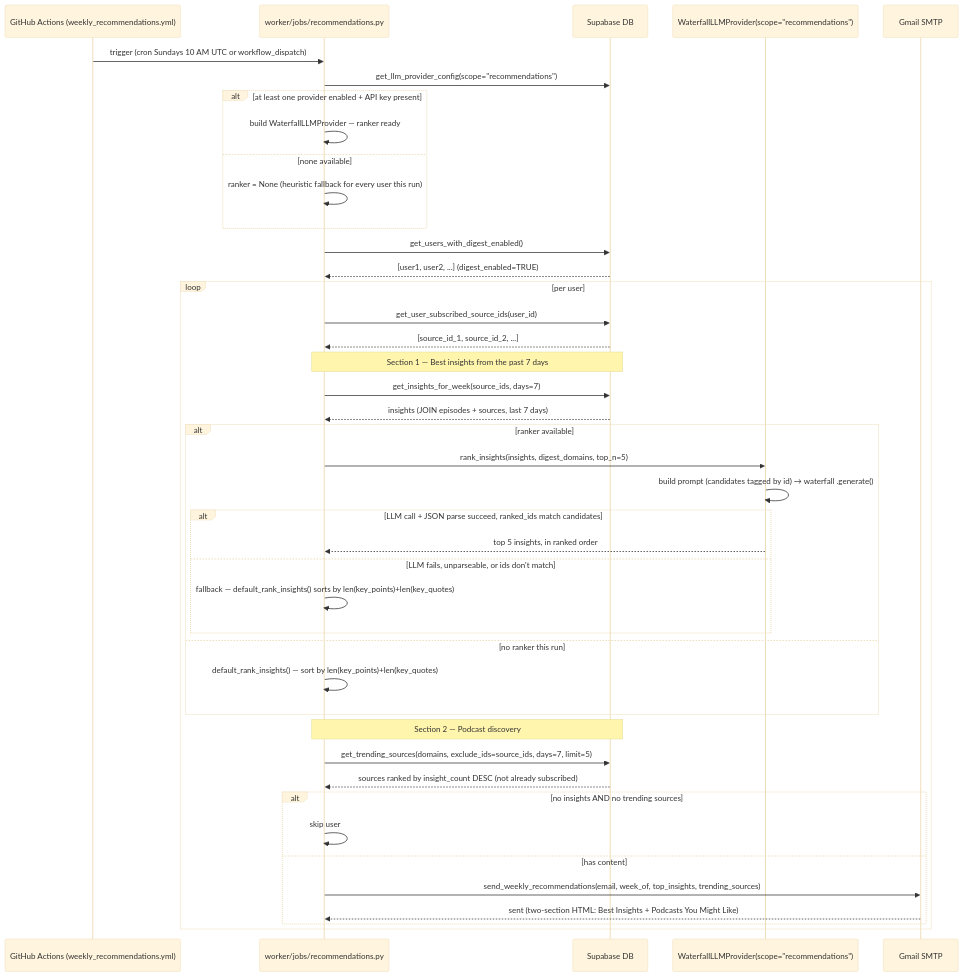
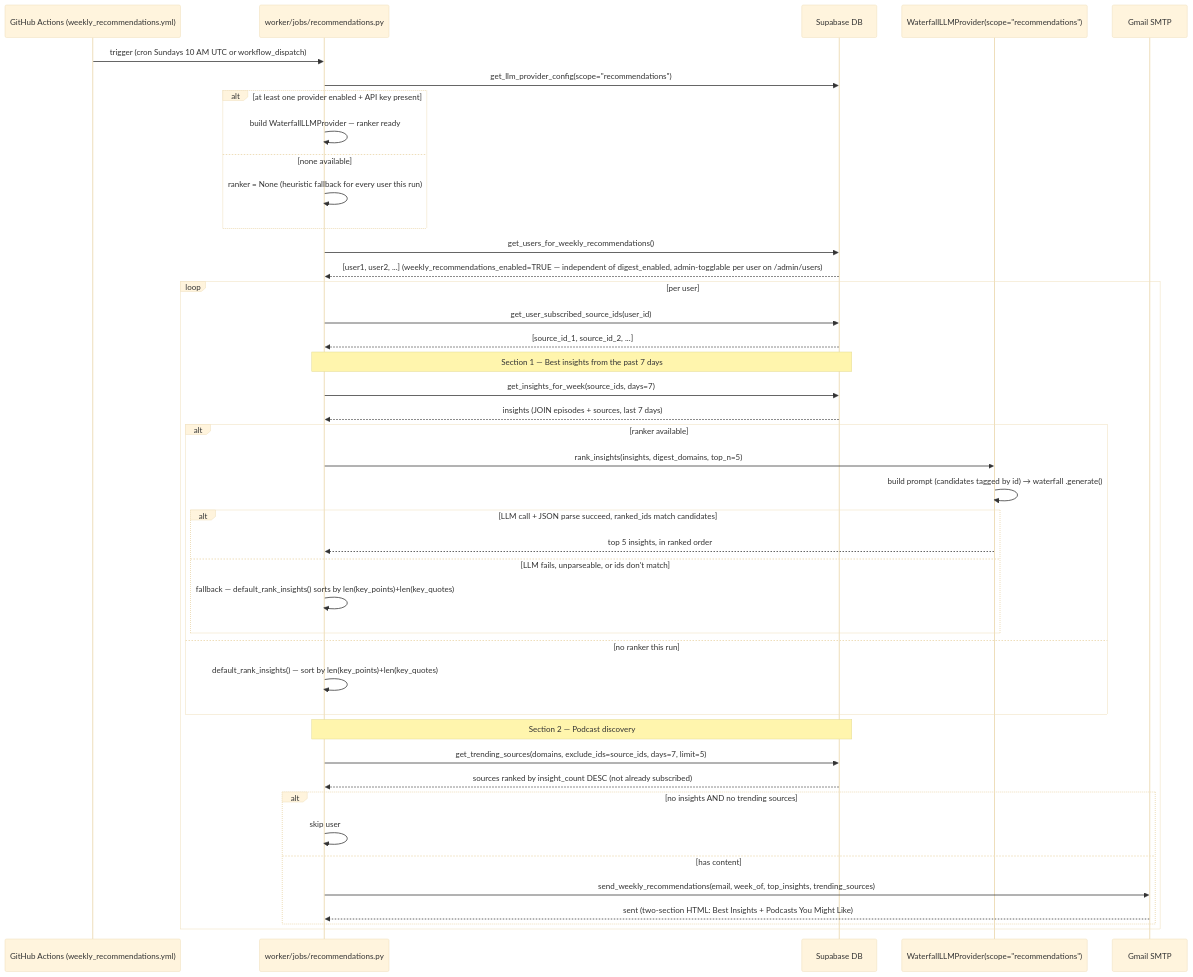
Diagram 25 of 32 in docs/request-workflow.md (vtghub/PodcastsSummarizer), drawn with Mermaid (base theme) before and after one commit. The commit also changed other lines of this file and 2 other files, not shown here.

Commit message:
docs: update architecture and workflow diagrams post-PR #341

````diff
--- a/docs/request-workflow.md
+++ b/docs/request-workflow.md
@@ -909,49 +938,49 @@
 ```mermaid
 sequenceDiagram
     participant GH as GitHub Actions (weekly_recommendations.yml)
     participant JOB as worker/jobs/recommendations.py
     participant DB as Supabase DB
     participant LLM as WaterfallLLMProvider(scope="recommendations")
     participant MAIL as Gmail SMTP
 
     GH->>JOB: trigger (cron Sundays 10 AM UTC or workflow_dispatch)
     JOB->>DB: get_llm_provider_config(scope="recommendations")
     alt at least one provider enabled + API key present
         JOB->>JOB: build WaterfallLLMProvider — ranker ready
     else none available
         JOB->>JOB: ranker = None (heuristic fallback for every user this run)
     end
-    JOB->>DB: get_users_with_digest_enabled()
-    DB-->>JOB: [user1, user2, ...] (digest_enabled=TRUE)
+    JOB->>DB: get_users_for_weekly_recommendations()
+    DB-->>JOB: [user1, user2, ...] (weekly_recommendations_enabled=TRUE — independent of digest_enabled, admin-togglable per user on /admin/users)
 
     loop per user
         JOB->>DB: get_user_subscribed_source_ids(user_id)
         DB-->>JOB: [source_id_1, source_id_2, ...]
 
         Note over JOB,DB: Section 1 — Best insights from the past 7 days
         JOB->>DB: get_insights_for_week(source_ids, days=7)
         DB-->>JOB: insights (JOIN episodes + sources, last 7 days)
         alt ranker available
             JOB->>LLM: rank_insights(insights, digest_domains, top_n=5)
             LLM->>LLM: build prompt (candidates tagged by id) → waterfall .generate()
             alt LLM call + JSON parse succeed, ranked_ids match candidates
                 LLM-->>JOB: top 5 insights, in ranked order
             else LLM fails, unparseable, or ids don't match
                 JOB->>JOB: fallback — default_rank_insights() sorts by len(key_points)+len(key_quotes)
             end
         else no ranker this run
             JOB->>JOB: default_rank_insights() — sort by len(key_points)+len(key_quotes)
         end
 
         Note over JOB,DB: Section 2 — Podcast discovery
         JOB->>DB: get_trending_sources(domains, exclude_ids=source_ids, days=7, limit=5)
         DB-->>JOB: sources ranked by insight_count DESC (not already subscribed)
 
         alt no insights AND no trending sources
             JOB->>JOB: skip user
         else has content
             JOB->>MAIL: send_weekly_recommendations(email, week_of, top_insights, trending_sources)
             MAIL-->>JOB: sent (two-section HTML: Best Insights + Podcasts You Might Like)
         end
     end
 ```
````
